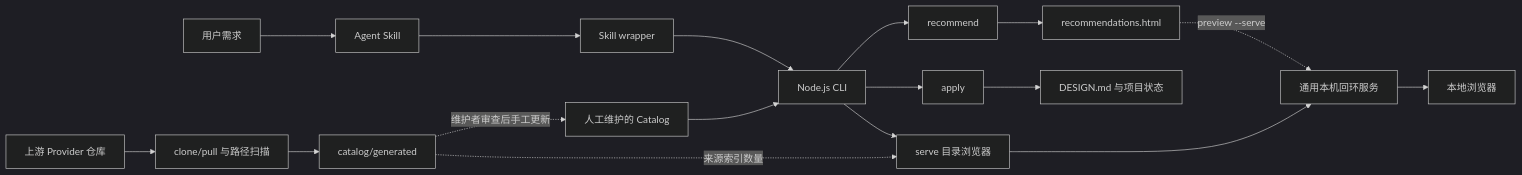
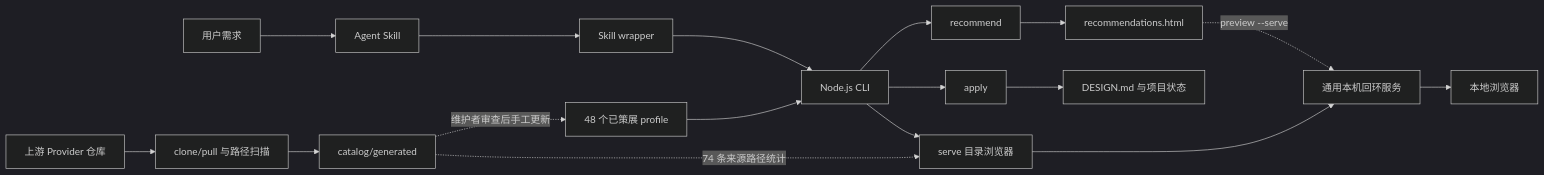
The diagram in docs/IMPLEMENTATION.zh-CN.md (coconilu/ai-ui-style-director), drawn with Mermaid (dark theme) before and after one commit. The commit also changed other lines of this file and 60 other files, not shown here.

````diff
--- a/docs/IMPLEMENTATION.zh-CN.md
+++ b/docs/IMPLEMENTATION.zh-CN.md
@@ -13,19 +13,19 @@
 ```mermaid
 flowchart LR
   U[用户需求] --> S[Agent Skill]
   S --> W[Skill wrapper]
   W --> C[Node.js CLI]
-  K[人工维护的 Catalog] --> C
+  K[48 个已策展 profile] --> C
   C --> R[recommend]
   C --> B[serve 目录浏览器]
   C --> A[apply]
   R --> H[recommendations.html]
   H -. preview --serve .-> L[通用本机回环服务]
   B --> L
   L --> V[本地浏览器]
   A --> D[DESIGN.md 与项目状态]
   P[上游 Provider 仓库] --> G[clone/pull 与路径扫描]
   G --> I[catalog/generated]
-  I -. 来源索引数量 .-> B
+  I -. 74 条来源路径统计 .-> B
   I -. 维护者审查后手工更新 .-> K
 ```
````
